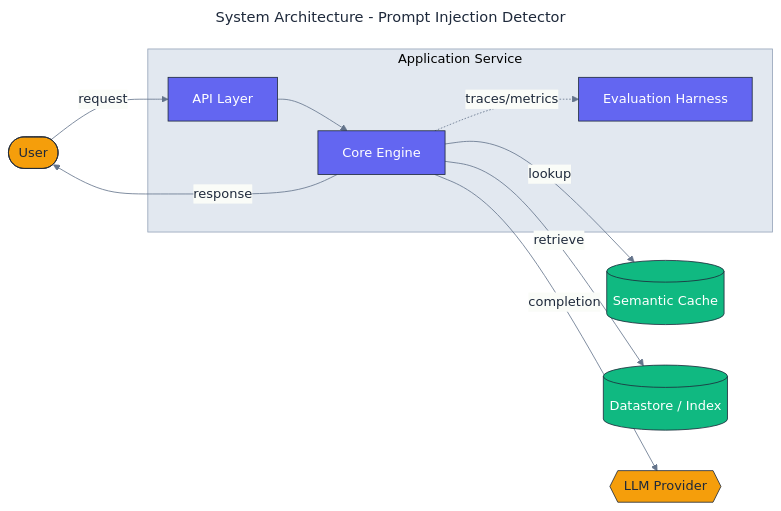
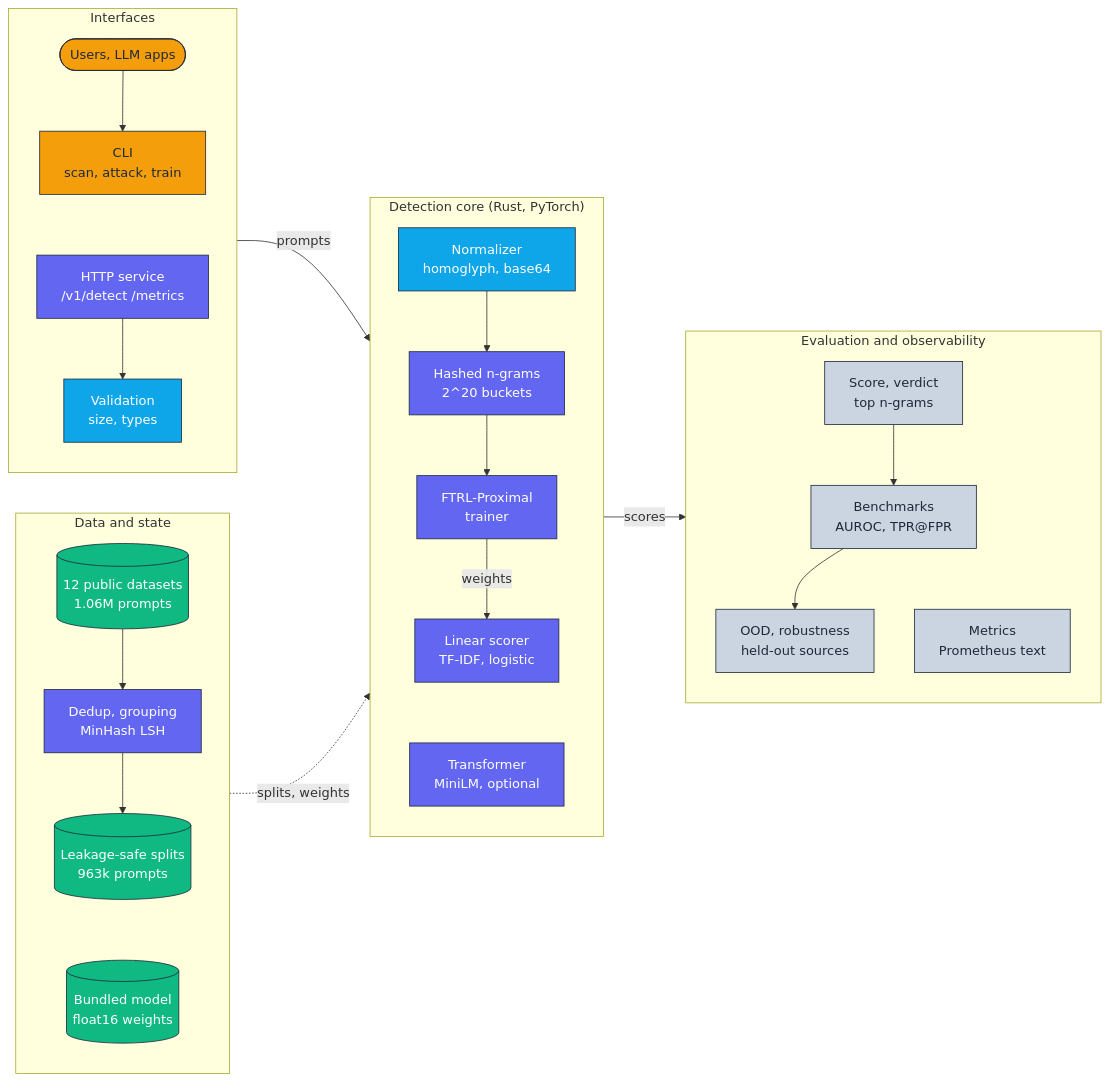
Before and after one commit to adeoluo/prompt-injection-detector: the diagram in docs/architecture/architecture.mmd, drawn with Mermaid. The commit also changed 24 other files, not shown here.

First line of the commit message:
feat: linear detector with a bundled model, attack rewrites, metrics, CLI and HTTP service (#5)

```diff
--- a/docs/architecture/architecture.mmd
+++ b/docs/architecture/architecture.mmd
@@ -1,38 +1,48 @@
----
-title: System Architecture - Prompt Injection Detector
-config:
-  theme: base
-  themeVariables:
-    fontFamily: "Inter, system-ui, sans-serif"
-    primaryColor: "#F8FAFC"
-    primaryBorderColor: "#1E293B"
-    primaryTextColor: "#1E293B"
-    lineColor: "#64748B"
-    clusterBkg: "#E2E8F0"
-    clusterBorder: "#94A3B8"
----
 flowchart LR
+    classDef edge     fill:#F59E0B,stroke:#1E293B,color:#1E293B,stroke-width:1px;
     classDef core     fill:#6366F1,stroke:#1E293B,color:#ffffff,stroke-width:1px;
     classDef data     fill:#10B981,stroke:#1E293B,color:#ffffff,stroke-width:1px;
-    classDef external fill:#F59E0B,stroke:#1E293B,color:#1E293B,stroke-width:1px;
-    classDef danger   fill:#EF4444,stroke:#1E293B,color:#ffffff,stroke-width:1px;
+    classDef control  fill:#0EA5E9,stroke:#1E293B,color:#ffffff,stroke-width:1px;
+    classDef obs      fill:#CBD5E1,stroke:#1E293B,color:#1E293B,stroke-width:1px;
 
-    User([User]):::external
-
-    subgraph Application["Application Service"]
-        API[API Layer]:::core
-        Core[Core Engine]:::core
-        Evaluation[Evaluation Harness]:::core
+    subgraph Interfaces["Interfaces"]
+        direction TB
+        Users([Users, LLM apps]):::edge
+        CLI["CLI<br/>scan, attack, train"]:::edge
+        Service["HTTP service<br/>/v1/detect /metrics"]:::core
+        Validate["Validation<br/>size, types"]:::control
+        Users --> CLI ~~~ Service --> Validate
     end
 
-    Cache[(Semantic Cache)]:::data
-    Store[(Datastore / Index)]:::data
-    LLM{{LLM Provider}}:::external
+    subgraph State["Data and state"]
+        direction TB
+        Sources[("12 public datasets<br/>1.06M prompts")]:::data
+        Dedup["Dedup, grouping<br/>MinHash LSH"]:::core
+        Splits[("Leakage-safe splits<br/>963k prompts")]:::data
+        Model[("Bundled model<br/>float16 weights")]:::data
+        Sources --> Dedup --> Splits ~~~ Model
+    end
 
-    User -->|request| API
-    API --> Core
-    Core -->|lookup| Cache
-    Core -->|retrieve| Store
-    Core -->|completion| LLM
-    Core -.->|traces/metrics| Evaluation
-    Core -->|response| User
+    subgraph Core["Detection core (Rust, PyTorch)"]
+        direction TB
+        Normalize["Normalizer<br/>homoglyph, base64"]:::control
+        Features["Hashed n-grams<br/>2^20 buckets"]:::core
+        Trainer["FTRL-Proximal<br/>trainer"]:::core
+        Scorer["Linear scorer<br/>TF-IDF, logistic"]:::core
+        Transformer["Transformer<br/>MiniLM, optional"]:::core
+        Normalize --> Features --> Trainer -->|weights| Scorer ~~~ Transformer
+    end
+
+    subgraph Obs["Evaluation and observability"]
+        direction TB
+        Verdict["Score, verdict<br/>top n-grams"]:::obs
+        Bench["Benchmarks<br/>AUROC, TPR@FPR"]:::obs
+        Robust["OOD, robustness<br/>held-out sources"]:::obs
+        Metrics["Metrics<br/>Prometheus text"]:::obs
+        Verdict --> Bench --> Robust
+        Bench ~~~ Metrics
+    end
+
+    Interfaces -->|prompts| Core
+    State -.->|splits, weights| Core
+    Core -->|scores| Obs
```
